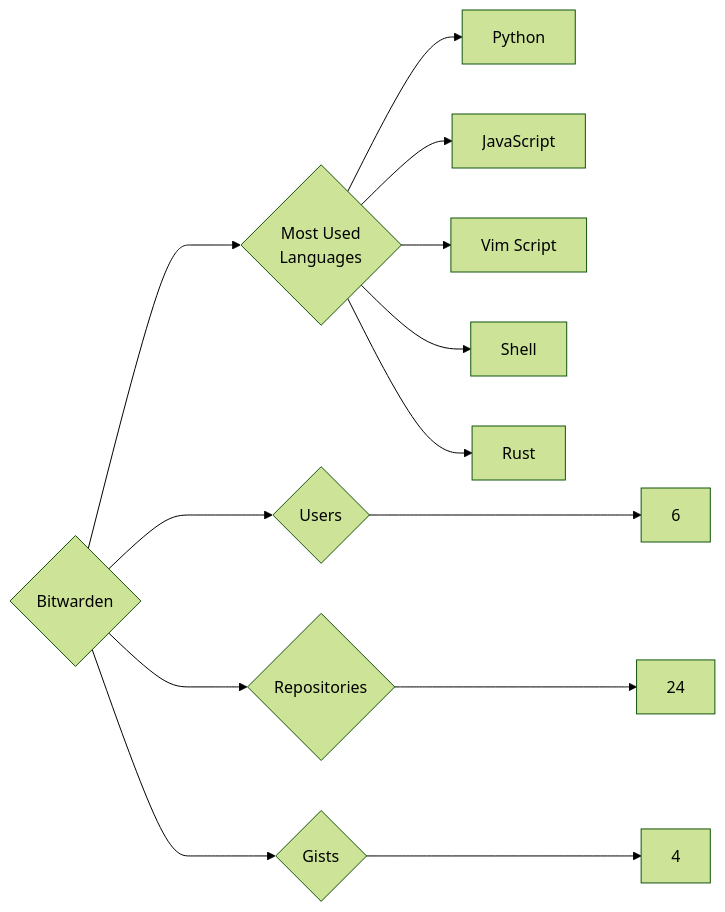
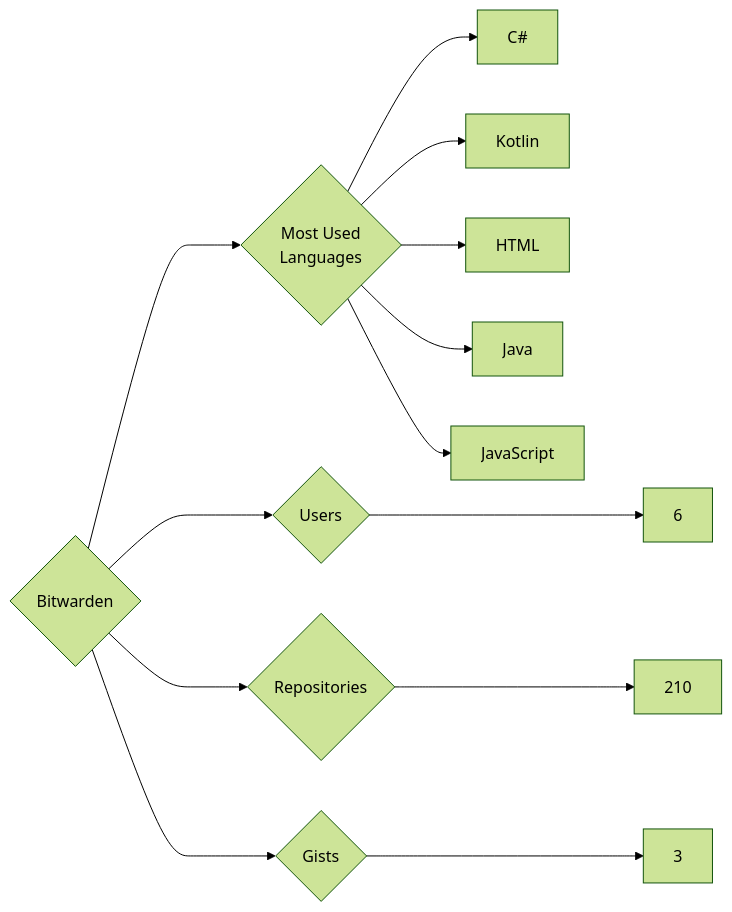
One commit to trickest/insiders changed the diagram in targets/Bitwarden/README.md. Above: the diagram before and after it, drawn with Mermaid (forest theme). The commit also changed 1175 other files, not shown here.

````diff
--- a/targets/Bitwarden/README.md
+++ b/targets/Bitwarden/README.md
@@ -3,13 +3,13 @@
 ```mermaid
 graph LR
 COMPANY_NAME{Bitwarden}
 COMPANY_NAME ---> U{Users} ---> UN[6]
-COMPANY_NAME ---> R{Repositories} ---> RN[24]
-COMPANY_NAME ---> G{Gists} ---> GN[4]
+COMPANY_NAME ---> R{Repositories} ---> RN[210]
+COMPANY_NAME ---> G{Gists} ---> GN[3]
 COMPANY_NAME ---> ML{Most Used<br>Languages}
-ML --> Python[Python]
+ML --> C#[C#]
+ML --> Kotlin[Kotlin]
+ML --> HTML[HTML]
+ML --> Java[Java]
 ML --> JavaScript[JavaScript]
-ML --> Vim_Script[Vim Script]
-ML --> Shell[Shell]
-ML --> Rust[Rust]
 ```
````
